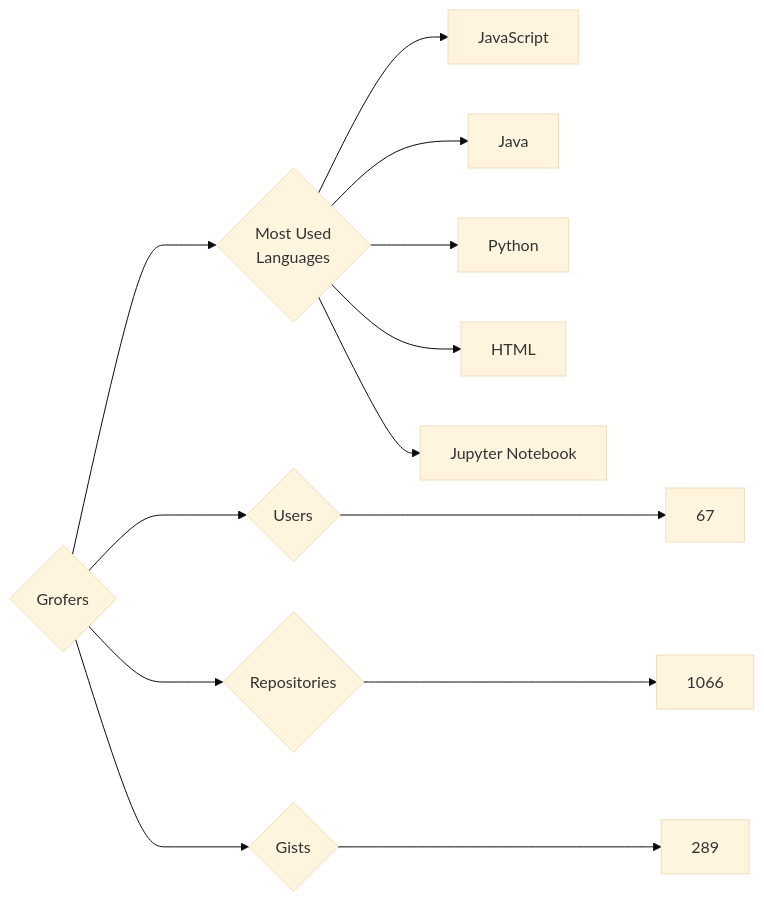
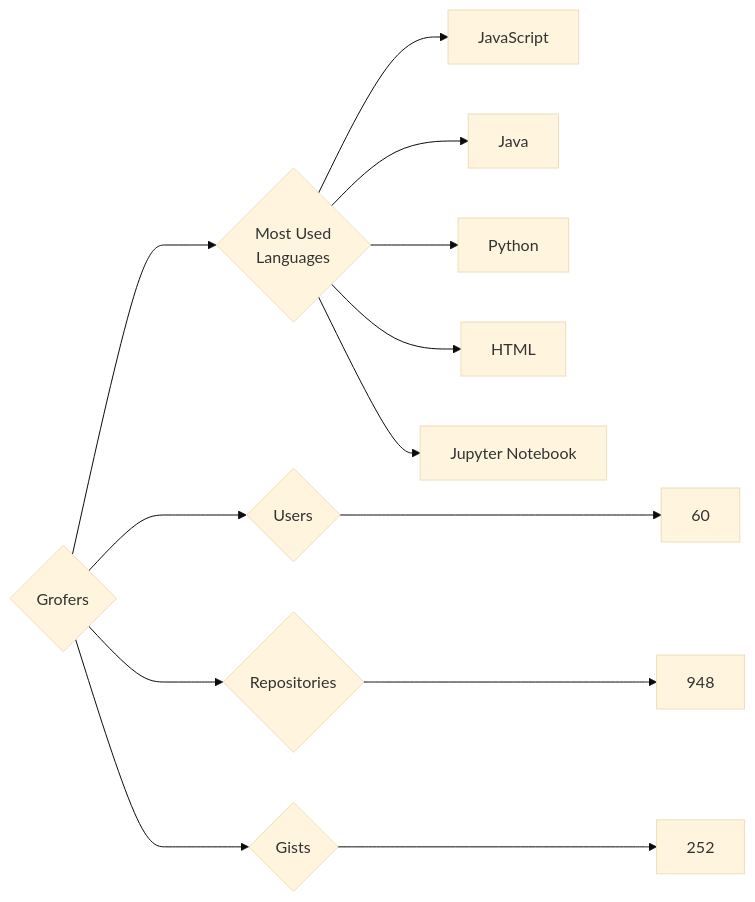
The diagram in targets/Grofers/README.md (trickest/insiders), drawn with Mermaid (base theme) before and after one commit. The commit also changed 826 other files, not shown here.

````diff
--- a/targets/Grofers/README.md
+++ b/targets/Grofers/README.md
@@ -3,13 +3,13 @@
 ```mermaid
 graph LR
 COMPANY_NAME{Grofers}
-COMPANY_NAME ---> U{Users} ---> UN[67]
-COMPANY_NAME ---> R{Repositories} ---> RN[1066]
-COMPANY_NAME ---> G{Gists} ---> GN[289]
+COMPANY_NAME ---> U{Users} ---> UN[60]
+COMPANY_NAME ---> R{Repositories} ---> RN[948]
+COMPANY_NAME ---> G{Gists} ---> GN[252]
 COMPANY_NAME ---> ML{Most Used<br>Languages}
 ML --> JavaScript[JavaScript]
 ML --> Java[Java]
 ML --> Python[Python]
 ML --> HTML[HTML]
 ML --> Jupyter_Notebook[Jupyter Notebook]
 ```
````
